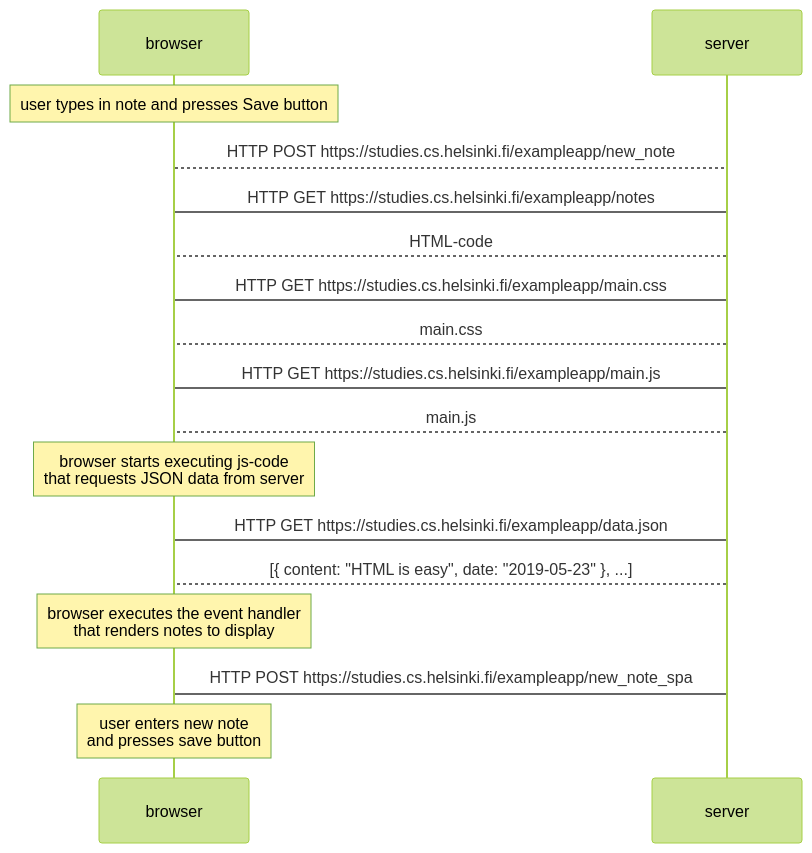
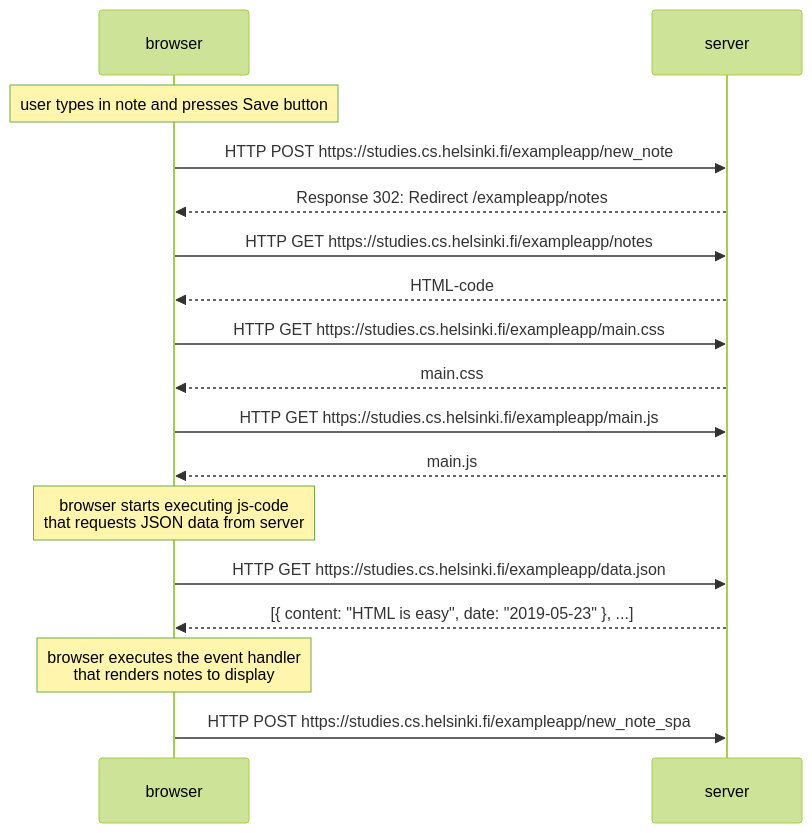
The diagram in newNoteDiagram.md (BoazBerkers/Full-Stack-Open-2022), drawn with Mermaid (forest theme) before and after one commit.

Commit message:
Exercise 0.4

````diff
--- a/newNoteDiagram.md
+++ b/newNoteDiagram.md
@@ -1,23 +1,22 @@
 ```mermaid
 sequenceDiagram
 Note over browser: user types in note and presses Save button
-browser-->server: HTTP POST https://studies.cs.helsinki.fi/exampleapp/new_note
-browser->server: HTTP GET https://studies.cs.helsinki.fi/exampleapp/notes
-server-->browser: HTML-code
-browser->server: HTTP GET https://studies.cs.helsinki.fi/exampleapp/main.css
-server-->browser: main.css
-browser->server: HTTP GET https://studies.cs.helsinki.fi/exampleapp/main.js
-server-->browser: main.js
+browser->>server: HTTP POST https://studies.cs.helsinki.fi/exampleapp/new_note
+server-->>browser: Response 302: Redirect /exampleapp/notes
+browser->>server: HTTP GET https://studies.cs.helsinki.fi/exampleapp/notes
+server-->>browser: HTML-code
+browser->>server: HTTP GET https://studies.cs.helsinki.fi/exampleapp/main.css
+server-->>browser: main.css
+browser->>server: HTTP GET https://studies.cs.helsinki.fi/exampleapp/main.js
+server-->>browser: main.js
 
 Note over browser: browser starts executing js-code <br/> that requests JSON data from server 
 
-browser->server: HTTP GET https://studies.cs.helsinki.fi/exampleapp/data.json
-server-->browser: [{ content: "HTML is easy", date: "2019-05-23" }, ...]
+browser->>server: HTTP GET https://studies.cs.helsinki.fi/exampleapp/data.json
+server-->>browser: [{ content: "HTML is easy", date: "2019-05-23" }, ...]
 
 Note over browser: browser executes the event handler <br/> that renders notes to display
 
-browser->server: HTTP POST	https://studies.cs.helsinki.fi/exampleapp/new_note_spa
-
-Note over browser: user enters new note <br/> and presses save button
-    
+browser->>server: HTTP POST	https://studies.cs.helsinki.fi/exampleapp/new_note_spa
+   
 ```
````
